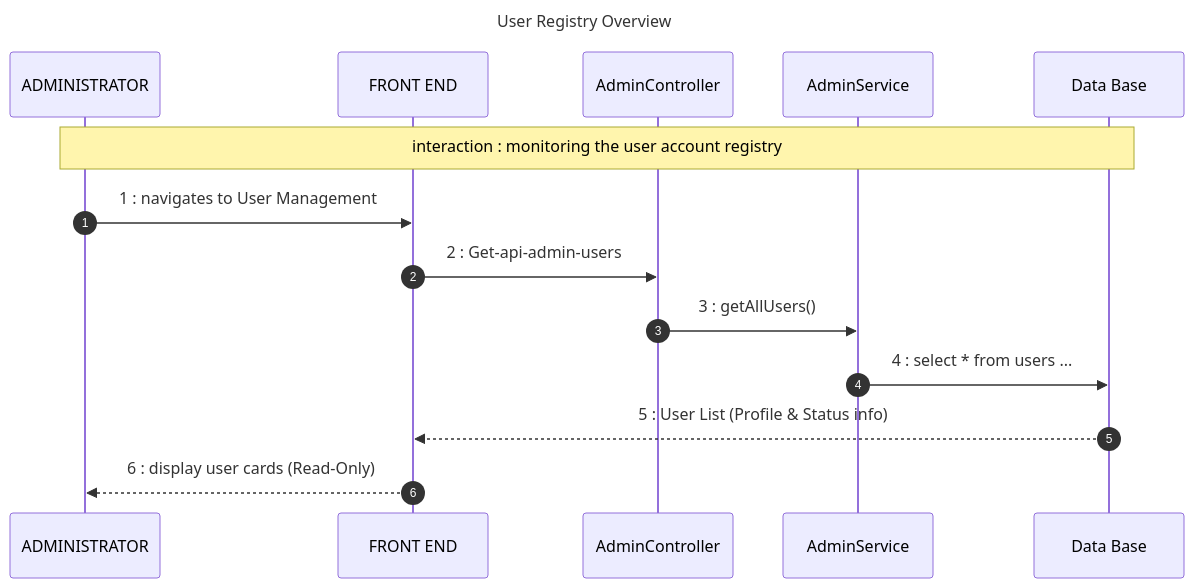
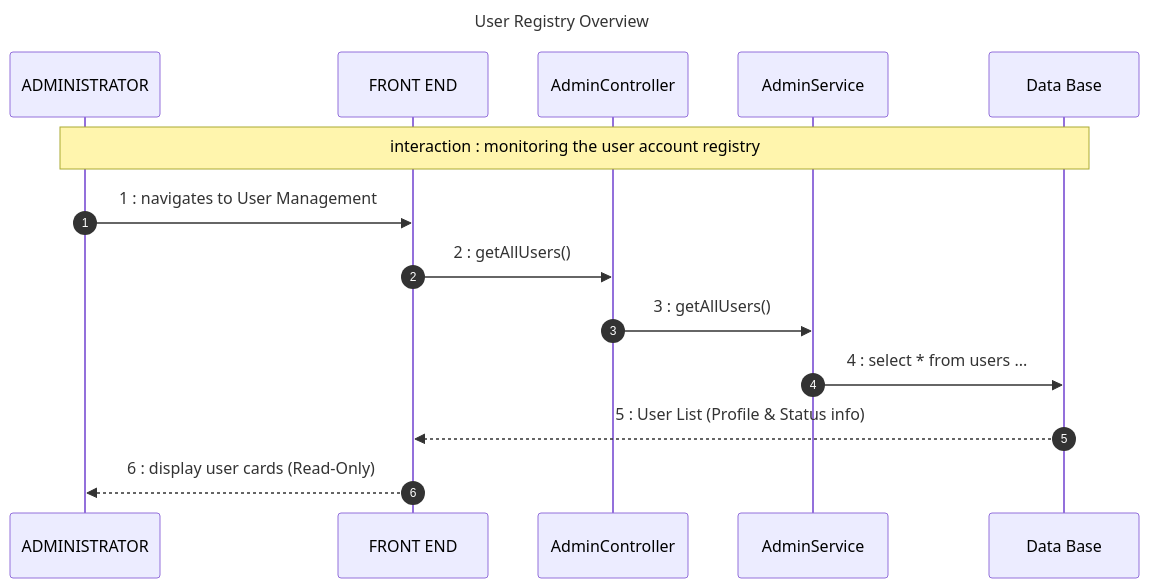
Before and after one commit to chbichibsofiene/inspector: the first of 3 diagrams in uml_diagrams/admin_management_sequence.md, drawn with Mermaid. The commit also changed other lines of this file and 41 other files, not shown here.

Commit message:
feat: Sprint 4 - Communication & Analytics | updated UML diagrams, class diagrams (StarUML), Messenger service fixes, Docker configs, and documentation

````diff
--- a/uml_diagrams/admin_management_sequence.md
+++ b/uml_diagrams/admin_management_sequence.md
@@ -7,19 +7,19 @@
 ```mermaid
 sequenceDiagram
     title: User Registry Overview
     autonumber
     participant ADMIN as ADMINISTRATOR
     participant FE as FRONT END
     participant AC as AdminController
     participant AS as AdminService
     participant DB as Data Base
 
     Note over ADMIN, DB: interaction : monitoring the user account registry
 
     ADMIN->>FE: 1 : navigates to User Management
-    FE->>AC: 2 : Get-api-admin-users
+    FE->>AC: 2 : getAllUsers()
     AC->>AS: 3 : getAllUsers()
     AS->>DB: 4 : select * from users ...
     DB-->>FE: 5 : User List (Profile & Status info)
     FE-->>ADMIN: 6 : display user cards (Read-Only)
 ```
````
